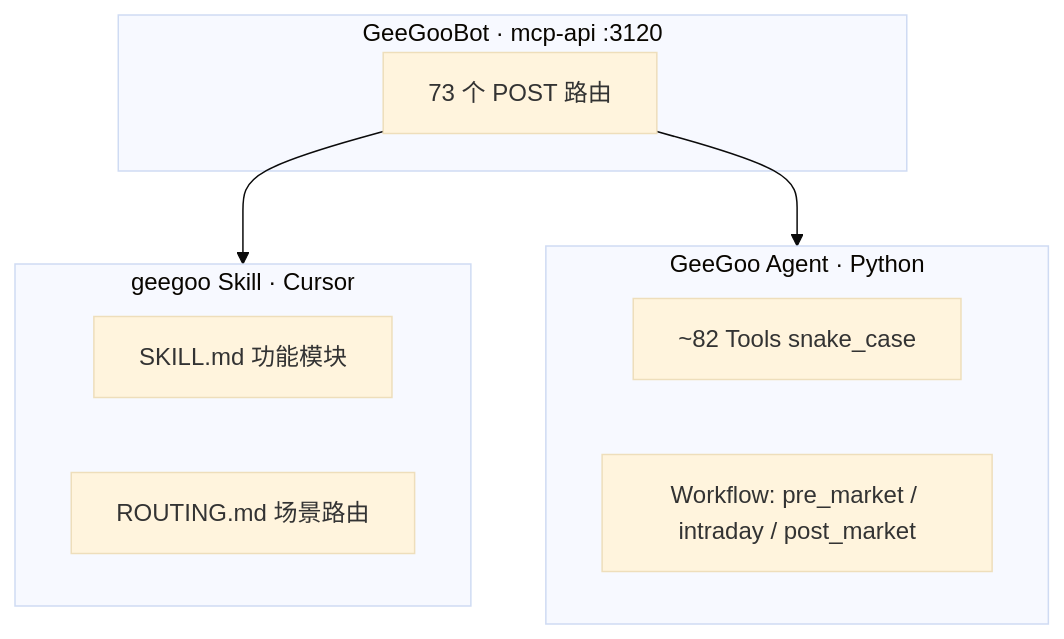
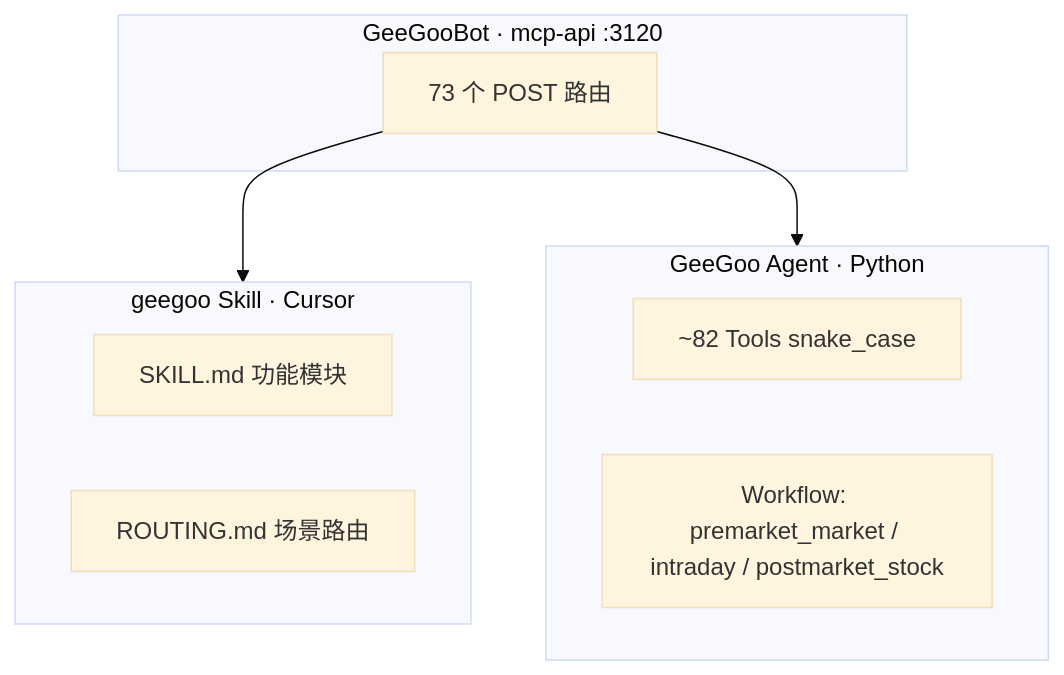
Before and after one commit to ghsemail/GeeGooAgent: the diagram in docs/reference/geegoo-mcp/architecture.md, drawn with Mermaid (base theme). The commit also changed 139 other files, not shown here.

````diff
--- a/docs/reference/geegoo-mcp/architecture.md
+++ b/docs/reference/geegoo-mcp/architecture.md
@@ -5,19 +5,19 @@
 ```mermaid
 flowchart TB
     subgraph TB_Server["GeeGooBot · mcp-api :3120"]
         HTTP["73 个 POST 路由"]
     end
 
     subgraph Skill["geegoo Skill · Cursor"]
         SKILL["SKILL.md 功能模块"]
         ROUTE["ROUTING.md 场景路由"]
     end
 
     subgraph Agent["GeeGoo Agent · Python"]
         TOOLS["~82 Tools snake_case"]
-        WF["Workflow: pre_market / intraday / post_market"]
+        WF["Workflow: premarket_market / intraday / postmarket_stock"]
     end
 
     HTTP --> Skill
     HTTP --> Agent
 ```
````
